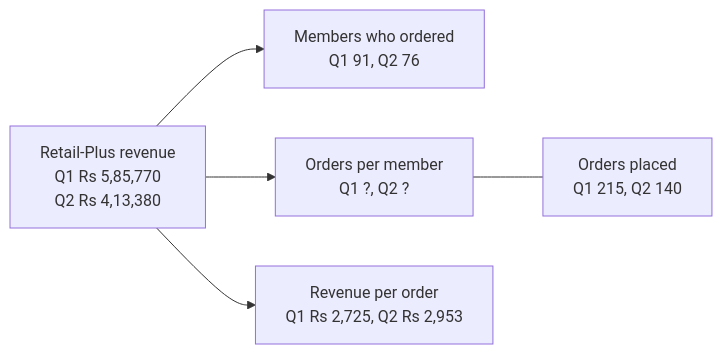
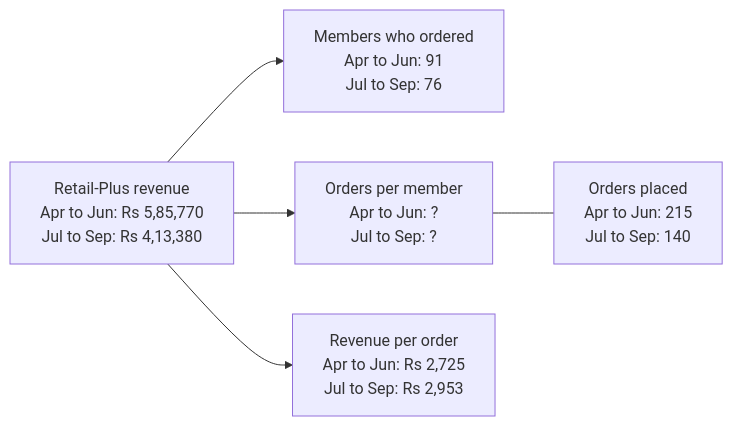
One commit to fde-academy-lab/c2-content-factory changed the first of 5 diagrams in content/W02/SAT/paper/C2_W02_SAT_recap_paper_STUDENT.md. Above: the diagram before and after it, drawn with Mermaid. The commit also changed other lines of this file and 7 other files, not shown here.

````diff
--- a/content/W02/SAT/paper/C2_W02_SAT_recap_paper_STUDENT.md
+++ b/content/W02/SAT/paper/C2_W02_SAT_recap_paper_STUDENT.md
@@ -54,7 +54,7 @@
 ```mermaid
 flowchart LR
-  R["Retail-Plus revenue<br/>Q1 Rs 5,85,770<br/>Q2 Rs 4,13,380"] --> M["Members who ordered<br/>Q1 91, Q2 76"]
-  R --> F["Orders per member<br/>Q1 ?, Q2 ?"]
-  R --> V["Revenue per order<br/>Q1 Rs 2,725, Q2 Rs 2,953"]
-  F --- O["Orders placed<br/>Q1 215, Q2 140"]
+  R["Retail-Plus revenue<br/>Apr to Jun: Rs 5,85,770<br/>Jul to Sep: Rs 4,13,380"] --> M["Members who ordered<br/>Apr to Jun: 91<br/>Jul to Sep: 76"]
+  R --> F["Orders per member<br/>Apr to Jun: ?<br/>Jul to Sep: ?"]
+  R --> V["Revenue per order<br/>Apr to Jun: Rs 2,725<br/>Jul to Sep: Rs 2,953"]
+  F --- O["Orders placed<br/>Apr to Jun: 215<br/>Jul to Sep: 140"]
 ```
````
